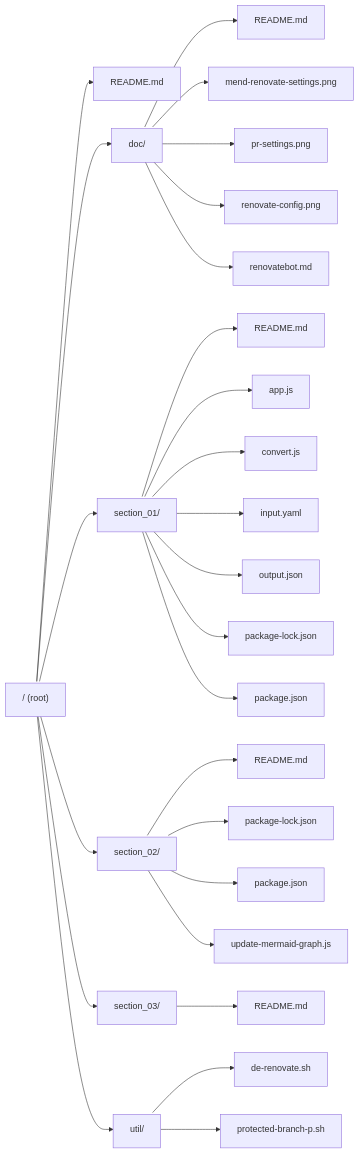
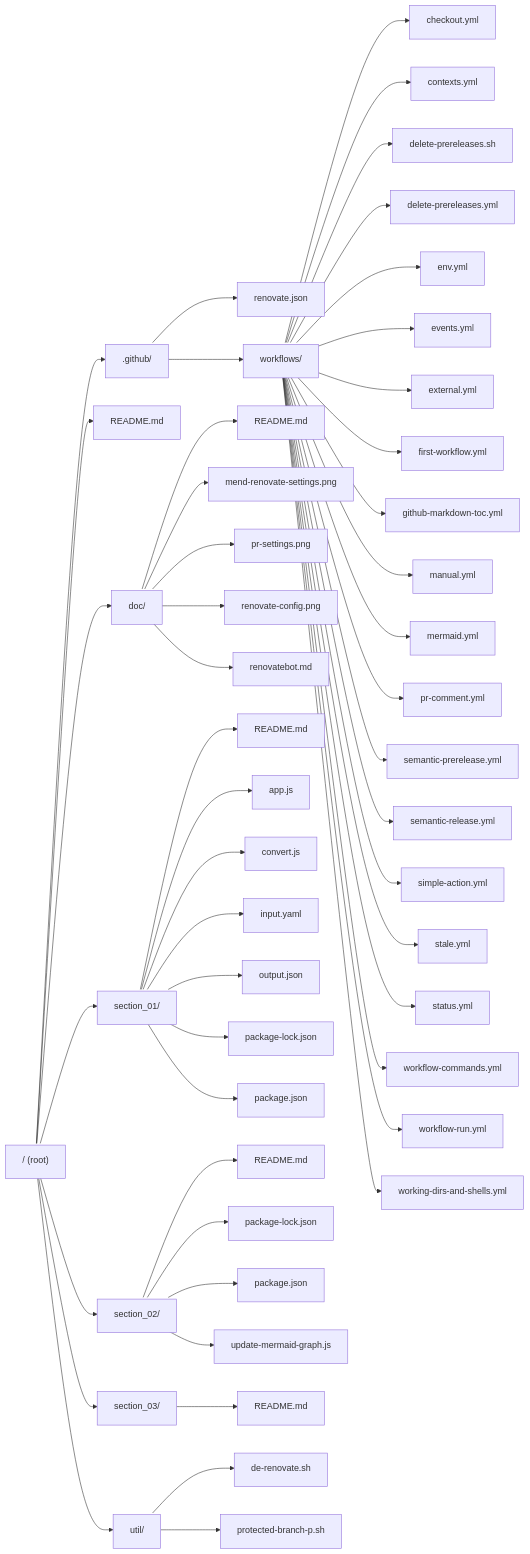
The diagram in README.md (allenhub-net/The--Complete--Github--Actions--and--Workflows--Guide), drawn with Mermaid before and after one commit.

Commit message:
chore: update Mermaid graph in README.md

````diff
--- a/README.md
+++ b/README.md
@@ -78,33 +78,56 @@
 ```mermaid
 
 %% Repository Structure
 graph LR;
     %% Double vertical spacing
     classDef doubledSpacing height:60px;
     ROOT["/ (root)"]:::doubledSpacing
+    ROOT --> ._GITHUB[".github/"]:::doubledSpacing
+    ._GITHUB --> ..GITHUB_RENOVATEJSON["renovate.json"]:::doubledSpacing
+    ._GITHUB --> ..GITHUB_WORKFLOWS["workflows/"]:::doubledSpacing
+    ..GITHUB_WORKFLOWS --> ..GITHUBWORKFLOWS_CHECKOUTYML["checkout.yml"]:::doubledSpacing
+    ..GITHUB_WORKFLOWS --> ..GITHUBWORKFLOWS_CONTEXTSYML["contexts.yml"]:::doubledSpacing
+    ..GITHUB_WORKFLOWS --> ..GITHUBWORKFLOWS_DELETEPRERELEASESSH["delete-prereleases.sh"]:::doubledSpacing
+    ..GITHUB_WORKFLOWS --> ..GITHUBWORKFLOWS_DELETEPRERELEASESYML["delete-prereleases.yml"]:::doubledSpacing
+    ..GITHUB_WORKFLOWS --> ..GITHUBWORKFLOWS_ENVYML["env.yml"]:::doubledSpacing
+    ..GITHUB_WORKFLOWS --> ..GITHUBWORKFLOWS_EVENTSYML["events.yml"]:::doubledSpacing
+    ..GITHUB_WORKFLOWS --> ..GITHUBWORKFLOWS_EXTERNALYML["external.yml"]:::doubledSpacing
+    ..GITHUB_WORKFLOWS --> ..GITHUBWORKFLOWS_FIRSTWORKFLOWYML["first-workflow.yml"]:::doubledSpacing
+    ..GITHUB_WORKFLOWS --> ..GITHUBWORKFLOWS_GITHUBMARKDOWNTOCYML["github-markdown-toc.yml"]:::doubledSpacing
+    ..GITHUB_WORKFLOWS --> ..GITHUBWORKFLOWS_MANUALYML["manual.yml"]:::doubledSpacing
+    ..GITHUB_WORKFLOWS --> ..GITHUBWORKFLOWS_MERMAIDYML["mermaid.yml"]:::doubledSpacing
+    ..GITHUB_WORKFLOWS --> ..GITHUBWORKFLOWS_PRCOMMENTYML["pr-comment.yml"]:::doubledSpacing
+    ..GITHUB_WORKFLOWS --> ..GITHUBWORKFLOWS_SEMANTICPRERELEASEYML["semantic-prerelease.yml"]:::doubledSpacing
+    ..GITHUB_WORKFLOWS --> ..GITHUBWORKFLOWS_SEMANTICRELEASEYML["semantic-release.yml"]:::doubledSpacing
+    ..GITHUB_WORKFLOWS --> ..GITHUBWORKFLOWS_SIMPLEACTIONYML["simple-action.yml"]:::doubledSpacing
+    ..GITHUB_WORKFLOWS --> ..GITHUBWORKFLOWS_STALEYML["stale.yml"]:::doubledSpacing
+    ..GITHUB_WORKFLOWS --> ..GITHUBWORKFLOWS_STATUSYML["status.yml"]:::doubledSpacing
+    ..GITHUB_WORKFLOWS --> ..GITHUBWORKFLOWS_WORKFLOWCOMMANDSYML["workflow-commands.yml"]:::doubledSpacing
+    ..GITHUB_WORKFLOWS --> ..GITHUBWORKFLOWS_WORKFLOWRUNYML["workflow-run.yml"]:::doubledSpacing
+    ..GITHUB_WORKFLOWS --> ..GITHUBWORKFLOWS_WORKINGDIRSANDSHELLSYML["working-dirs-and-shells.yml"]:::doubledSpacing
     ROOT --> ._READMEMD["README.md"]:::doubledSpacing
     ROOT --> ._DOC["doc/"]:::doubledSpacing
     ._DOC --> .DOC_READMEMD["README.md"]:::doubledSpacing
     ._DOC --> .DOC_MENDRENOVATESETTINGSPNG["mend-renovate-settings.png"]:::doubledSpacing
     ._DOC --> .DOC_PRSETTINGSPNG["pr-settings.png"]:::doubledSpacing
     ._DOC --> .DOC_RENOVATECONFIGPNG["renovate-config.png"]:::doubledSpacing
     ._DOC --> .DOC_RENOVATEBOTMD["renovatebot.md"]:::doubledSpacing
     ROOT --> ._SECTION_01["section_01/"]:::doubledSpacing
     ._SECTION_01 --> .SECTION_01_READMEMD["README.md"]:::doubledSpacing
     ._SECTION_01 --> .SECTION_01_APPJS["app.js"]:::doubledSpacing
     ._SECTION_01 --> .SECTION_01_CONVERTJS["convert.js"]:::doubledSpacing
     ._SECTION_01 --> .SECTION_01_INPUTYAML["input.yaml"]:::doubledSpacing
     ._SECTION_01 --> .SECTION_01_OUTPUTJSON["output.json"]:::doubledSpacing
     ._SECTION_01 --> .SECTION_01_PACKAGELOCKJSON["package-lock.json"]:::doubledSpacing
     ._SECTION_01 --> .SECTION_01_PACKAGEJSON["package.json"]:::doubledSpacing
     ROOT --> ._SECTION_02["section_02/"]:::doubledSpacing
     ._SECTION_02 --> .SECTION_02_READMEMD["README.md"]:::doubledSpacing
     ._SECTION_02 --> .SECTION_02_PACKAGELOCKJSON["package-lock.json"]:::doubledSpacing
     ._SECTION_02 --> .SECTION_02_PACKAGEJSON["package.json"]:::doubledSpacing
     ._SECTION_02 --> .SECTION_02_UPDATEMERMAIDGRAPHJS["update-mermaid-graph.js"]:::doubledSpacing
     ROOT --> ._SECTION_03["section_03/"]:::doubledSpacing
     ._SECTION_03 --> .SECTION_03_READMEMD["README.md"]:::doubledSpacing
     ROOT --> ._UTIL["util/"]:::doubledSpacing
     ._UTIL --> .UTIL_DERENOVATESH["de-renovate.sh"]:::doubledSpacing
     ._UTIL --> .UTIL_PROTECTEDBRANCHPSH["protected-branch-p.sh"]:::doubledSpacing
 ```
````
